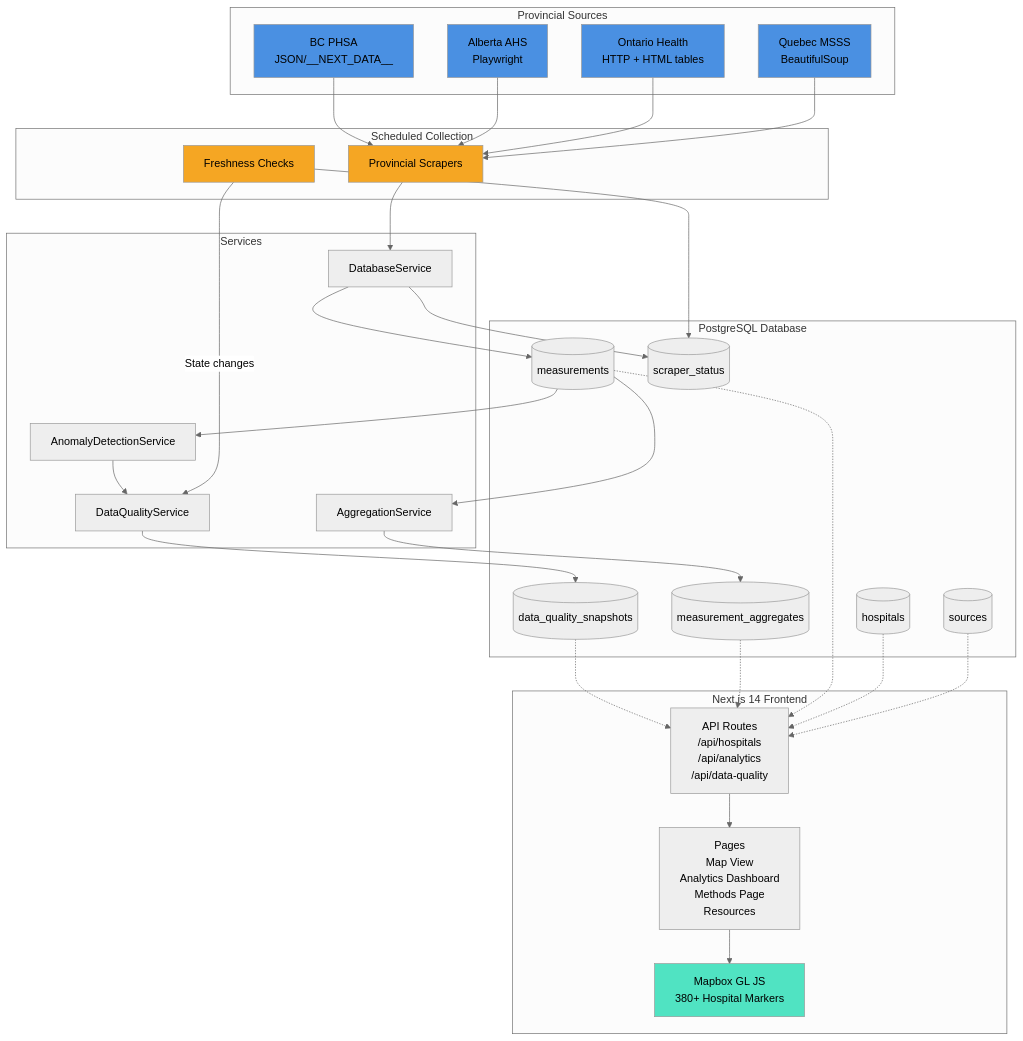
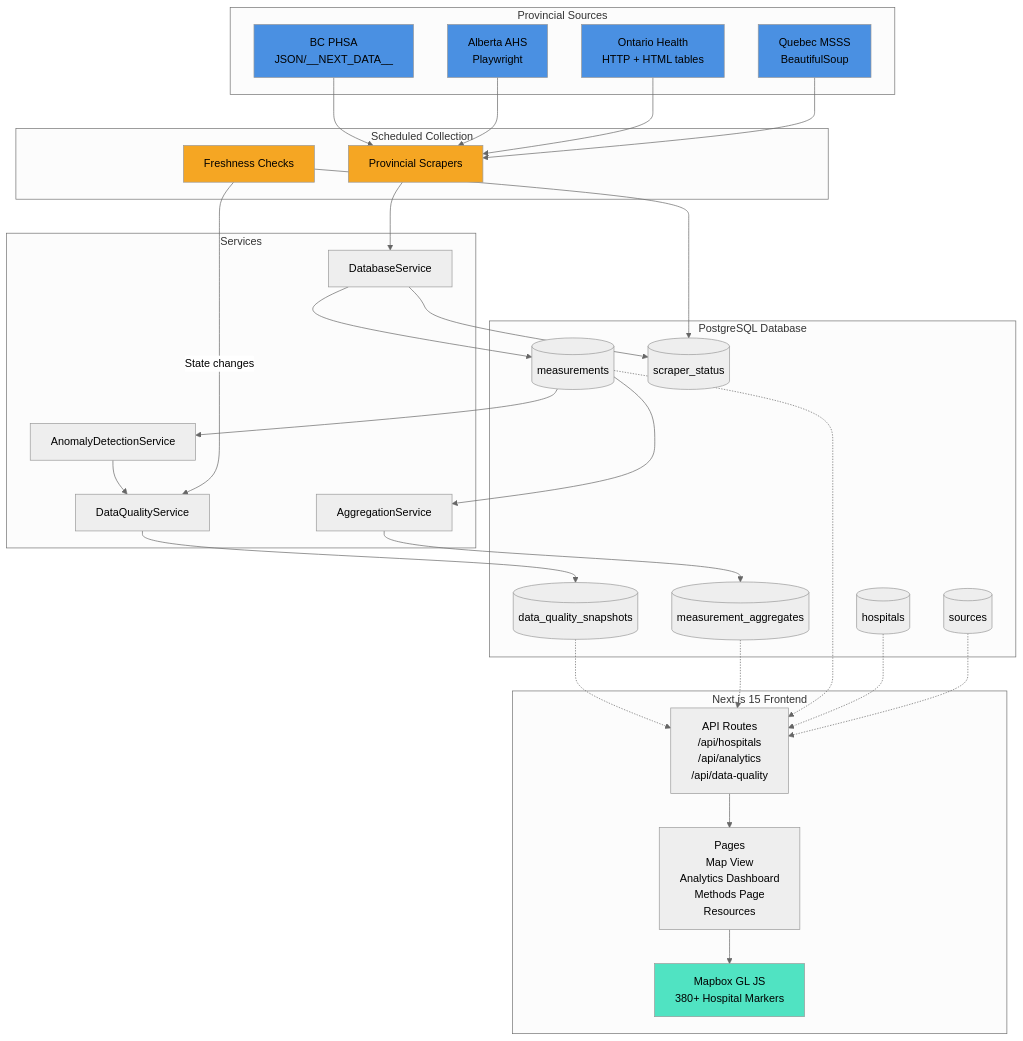
One commit to jerdaw/waittimecanada changed the diagram in README.md. Above: the diagram before and after it, drawn with Mermaid (neutral theme). The commit also changed other lines of this file and 83 other files, not shown here.

Commit message:
chore: harden maintenance tooling and roadmap

````diff
--- a/README.md
+++ b/README.md
@@ -129,72 +129,72 @@
 ```mermaid
 graph TD
     subgraph "Provincial Sources"
         QC[Quebec MSSS<br/>BeautifulSoup]
         ON[Ontario Health<br/>HTTP + HTML tables]
         AB[Alberta AHS<br/>Playwright]
         BC[BC PHSA<br/>JSON/__NEXT_DATA__]
     end
 
     subgraph "Scheduled Collection"
         CRON[Provincial Scrapers]
         HB[Freshness Checks]
     end
 
     subgraph "PostgreSQL Database"
         SOURCES[(sources)]
         HOSPITALS[(hospitals)]
         MEASUREMENTS[(measurements)]
         AGGREGATES[(measurement_aggregates)]
         QUALITY[(data_quality_snapshots)]
         STATUS[(scraper_status)]
     end
 
-    subgraph "Next.js 14 Frontend"
+    subgraph "Next.js 15 Frontend"
         API[API Routes<br/>/api/hospitals<br/>/api/analytics<br/>/api/data-quality]
         PAGES[Pages<br/>Map View<br/>Analytics Dashboard<br/>Methods Page<br/>Resources]
         MAP[Mapbox GL JS<br/>380+ Hospital Markers]
     end
 
     subgraph "Services"
         DB_SVC[DatabaseService]
         AGG_SVC[AggregationService]
         DQ_SVC[DataQualityService]
         ANOM_SVC[AnomalyDetectionService]
     end
 
     QC --> CRON
     ON --> CRON
     AB --> CRON
     BC --> CRON
 
     CRON --> DB_SVC
     DB_SVC --> MEASUREMENTS
     DB_SVC --> STATUS
 
     HB --> STATUS
     HB -->|State changes| DQ_SVC
 
     MEASUREMENTS --> AGG_SVC
     AGG_SVC --> AGGREGATES
 
     MEASUREMENTS --> ANOM_SVC
     ANOM_SVC --> DQ_SVC
     DQ_SVC --> QUALITY
 
     SOURCES -.-> API
     HOSPITALS -.-> API
     MEASUREMENTS -.-> API
     AGGREGATES -.-> API
     QUALITY -.-> API
 
     API --> PAGES
     PAGES --> MAP
 
     style QC fill:#4A90E2
     style ON fill:#4A90E2
     style AB fill:#4A90E2
     style BC fill:#4A90E2
     style CRON fill:#F5A623
     style HB fill:#F5A623
     style MAP fill:#50E3C2
 ```
````
